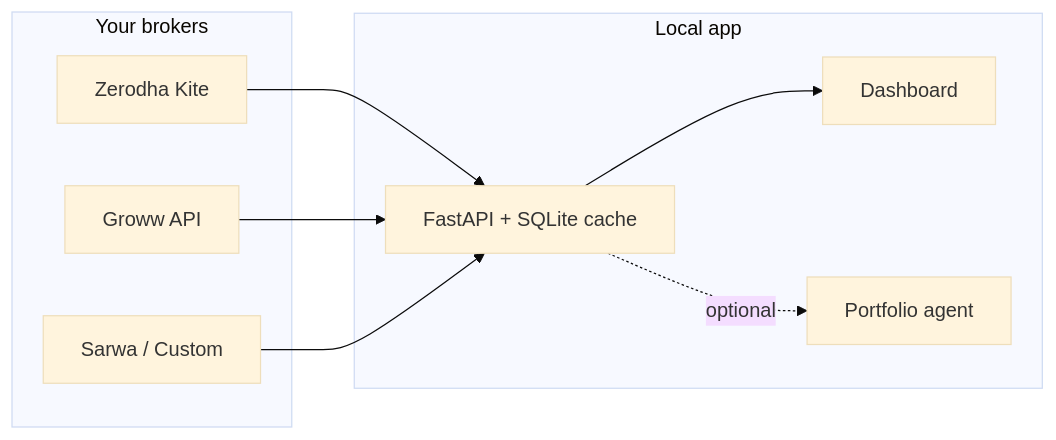
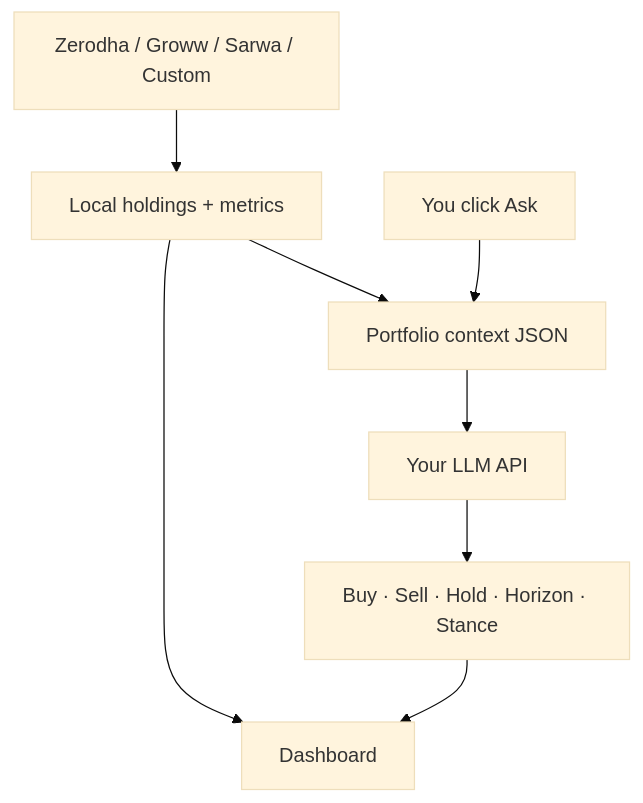
One commit to ab9bhatia/talk-to-my-portfolio changed the diagram in README.md. Above: the diagram before and after it, drawn with Mermaid (base theme). The commit also changed other lines of this file and 8 other files, not shown here.

````diff
--- a/README.md
+++ b/README.md
@@ -53,18 +61,10 @@
 ```mermaid
-flowchart LR
-  subgraph inputs [Your brokers]
-    Z[Zerodha Kite]
-    G[Groww API]
-    S[Sarwa / Custom]
-  end
-  subgraph app [Local app]
-    H[FastAPI + SQLite cache]
-    D[Dashboard]
-    A[Portfolio agent]
-  end
-  Z --> H
-  G --> H
-  S --> H
-  H --> D
-  H -. optional .-> A
+flowchart TB
+  B[Zerodha / Groww / Sarwa / Custom] --> C[Local holdings + metrics]
+  C --> D[Dashboard]
+  C --> E[Portfolio context JSON]
+  U[You click Ask] --> E
+  E --> L[Your LLM API]
+  L --> R[Buy · Sell · Hold · Horizon · Stance]
+  R --> D
 ```
````
